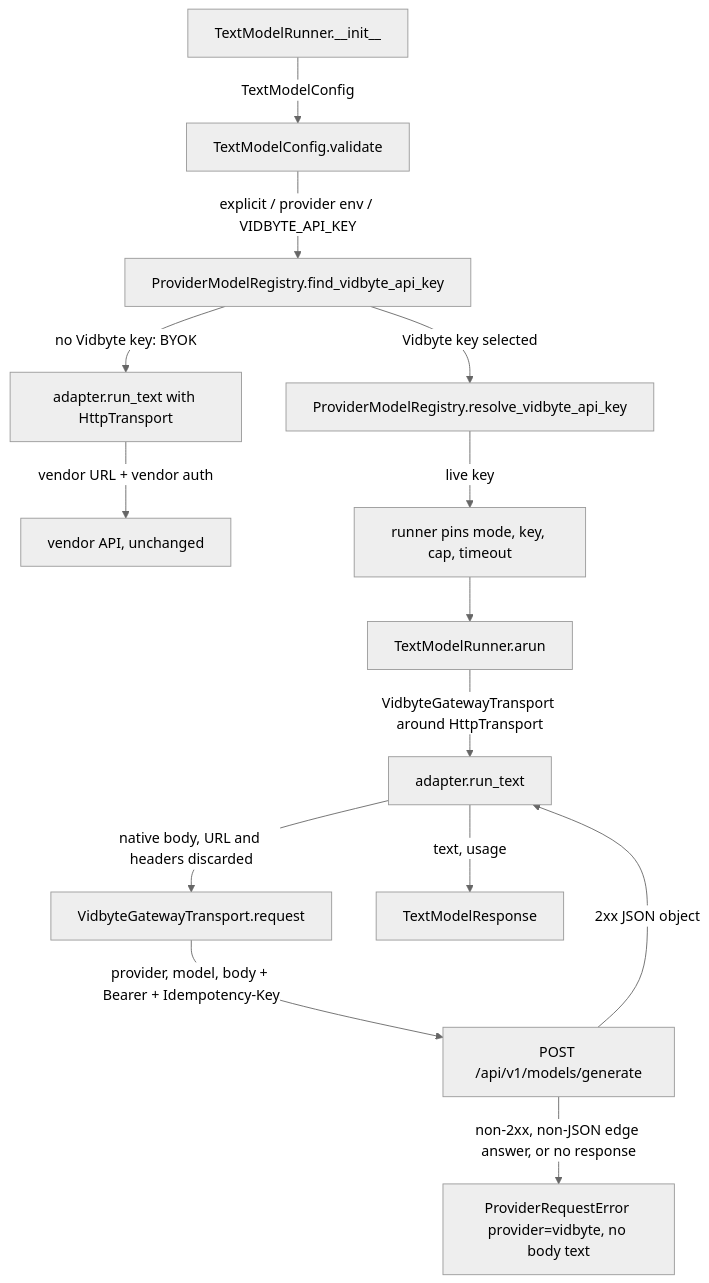
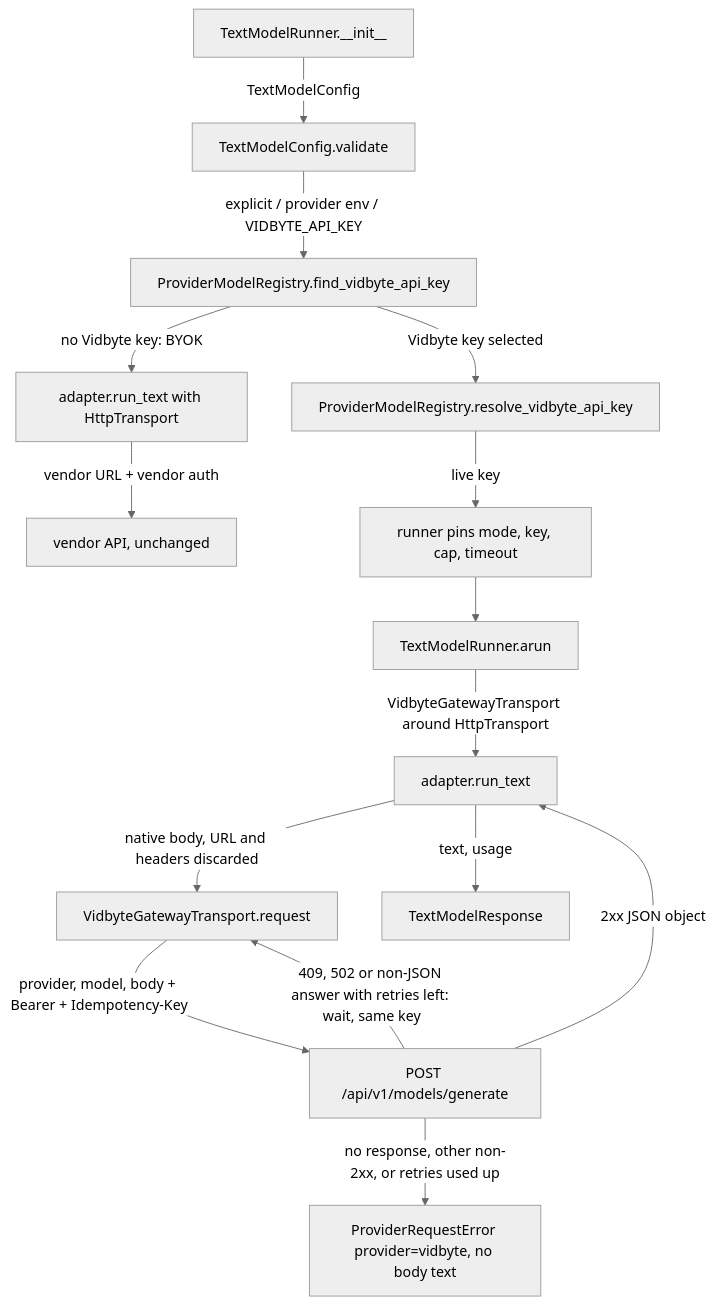
The first of 2 diagrams in docs/spec/managed-generative-models/spec.md (cerredz/Vidbyte-SDK), drawn with Mermaid (neutral theme) before and after one commit. The commit also changed other lines of this file and 1 other file, not shown here.

Commit message:
docs(spec): revise managed-generative-models spec r4 (Q-7 same-key transport retries)

````diff
--- a/docs/spec/managed-generative-models/spec.md
+++ b/docs/spec/managed-generative-models/spec.md
@@ -111,16 +111,17 @@
 ```mermaid
 flowchart TD
   A[TextModelRunner.__init__] -->|TextModelConfig| B[TextModelConfig.validate]
   B -->|explicit / provider env / VIDBYTE_API_KEY| C[ProviderModelRegistry.find_vidbyte_api_key]
   C -->|no Vidbyte key: BYOK| D[adapter.run_text with HttpTransport]
   D -->|vendor URL + vendor auth| E[vendor API, unchanged]
   C -->|Vidbyte key selected| F[ProviderModelRegistry.resolve_vidbyte_api_key]
   F -->|live key| G[runner pins mode, key, cap, timeout]
   G --> H[TextModelRunner.arun]
   H -->|VidbyteGatewayTransport around HttpTransport| I[adapter.run_text]
   I -->|native body, URL and headers discarded| J[VidbyteGatewayTransport.request]
   J -->|provider, model, body + Bearer + Idempotency-Key| K[POST /api/v1/models/generate]
   K -->|2xx JSON object| I
-  K -->|non-2xx, non-JSON edge answer, or no response| L[ProviderRequestError provider=vidbyte, no body text]
+  K -->|409, 502 or non-JSON answer with retries left: wait, same key| J
+  K -->|no response, other non-2xx, or retries used up| L[ProviderRequestError provider=vidbyte, no body text]
   I -->|text, usage| M[TextModelResponse]
 ```
````
